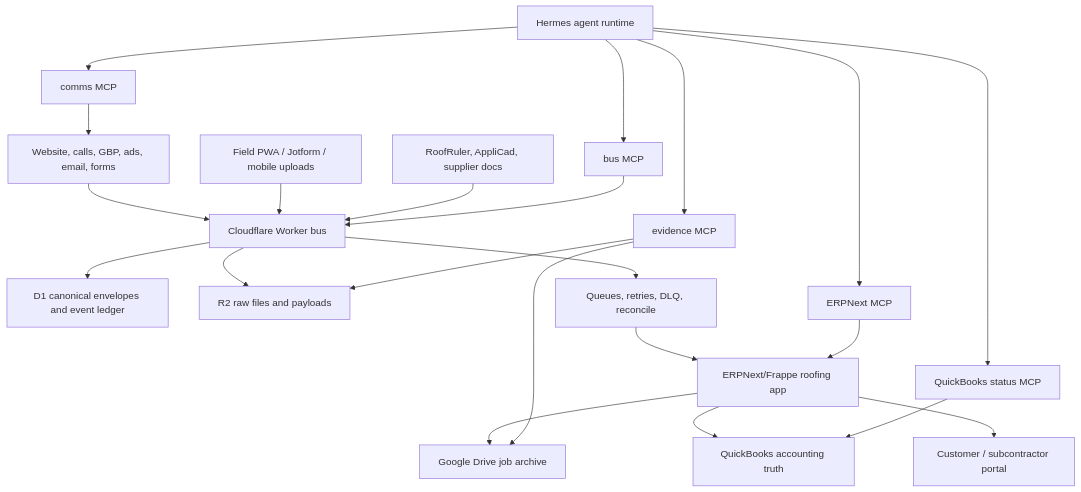
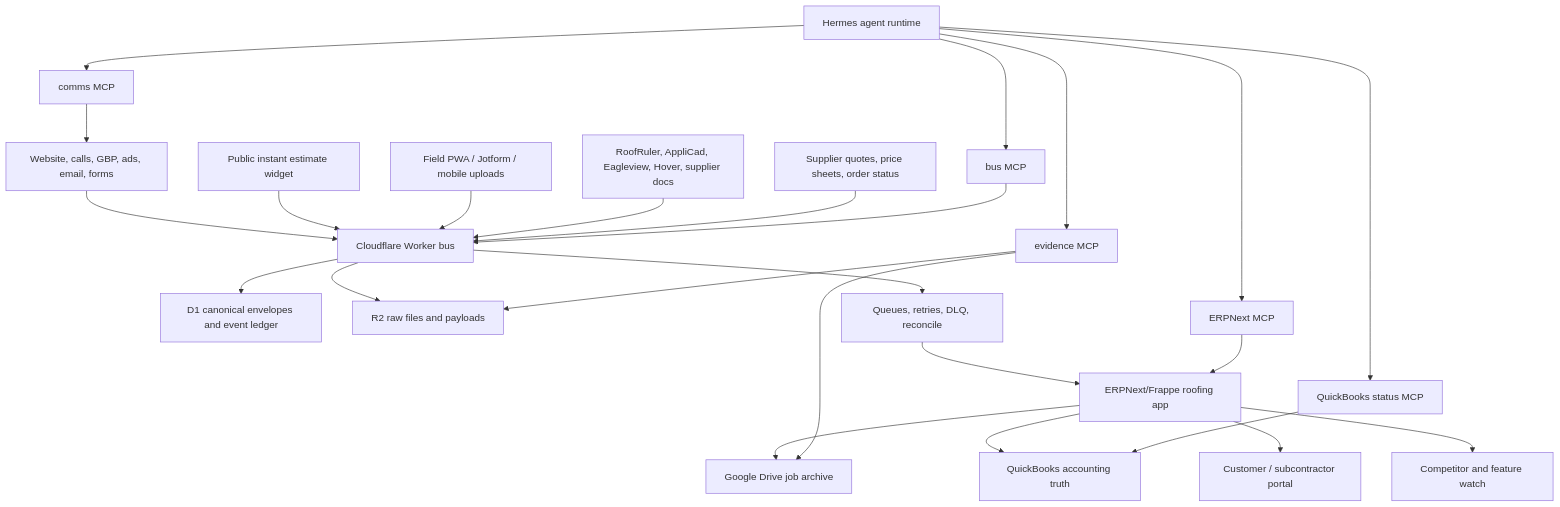
Before and after one commit to Iron-Wrap/ironwrap-os: the diagram in docs/HERMES-ERPNEXT-END-PRODUCT-BLUEPRINT.md, drawn with Mermaid. The commit also changed other lines of this file, not shown here.

Commit message:
Harden Hermes ERPNext blueprint against market gaps

````diff
--- a/docs/HERMES-ERPNEXT-END-PRODUCT-BLUEPRINT.md
+++ b/docs/HERMES-ERPNEXT-END-PRODUCT-BLUEPRINT.md
@@ -84,28 +129,31 @@
 ```mermaid
 flowchart TD
   Channels["Website, calls, GBP, ads, email, forms"] --> Bus["Cloudflare Worker bus"]
+  InstantEstimate["Public instant estimate widget"] --> Bus
   Field["Field PWA / Jotform / mobile uploads"] --> Bus
-  Measurements["RoofRuler, AppliCad, supplier docs"] --> Bus
+  Measurements["RoofRuler, AppliCad, Eagleview, Hover, supplier docs"] --> Bus
+  SupplierFeeds["Supplier quotes, price sheets, order status"] --> Bus
 
   Bus --> D1["D1 canonical envelopes and event ledger"]
   Bus --> R2["R2 raw files and payloads"]
   Bus --> Queue["Queues, retries, DLQ, reconcile"]
 
   Queue --> ERP["ERPNext/Frappe roofing app"]
   ERP --> Drive["Google Drive job archive"]
   ERP --> QB["QuickBooks accounting truth"]
   ERP --> Portal["Customer / subcontractor portal"]
+  ERP --> MarketWatch["Competitor and feature watch"]
 
   Hermes["Hermes agent runtime"] --> MCPBus["bus MCP"]
   Hermes --> MCPErp["ERPNext MCP"]
   Hermes --> MCPEvidence["evidence MCP"]
   Hermes --> MCPQb["QuickBooks status MCP"]
   Hermes --> MCPComms["comms MCP"]
 
   MCPBus --> Bus
   MCPErp --> ERP
   MCPEvidence --> R2
   MCPEvidence --> Drive
   MCPQb --> QB
   MCPComms --> Channels
 ```
````
